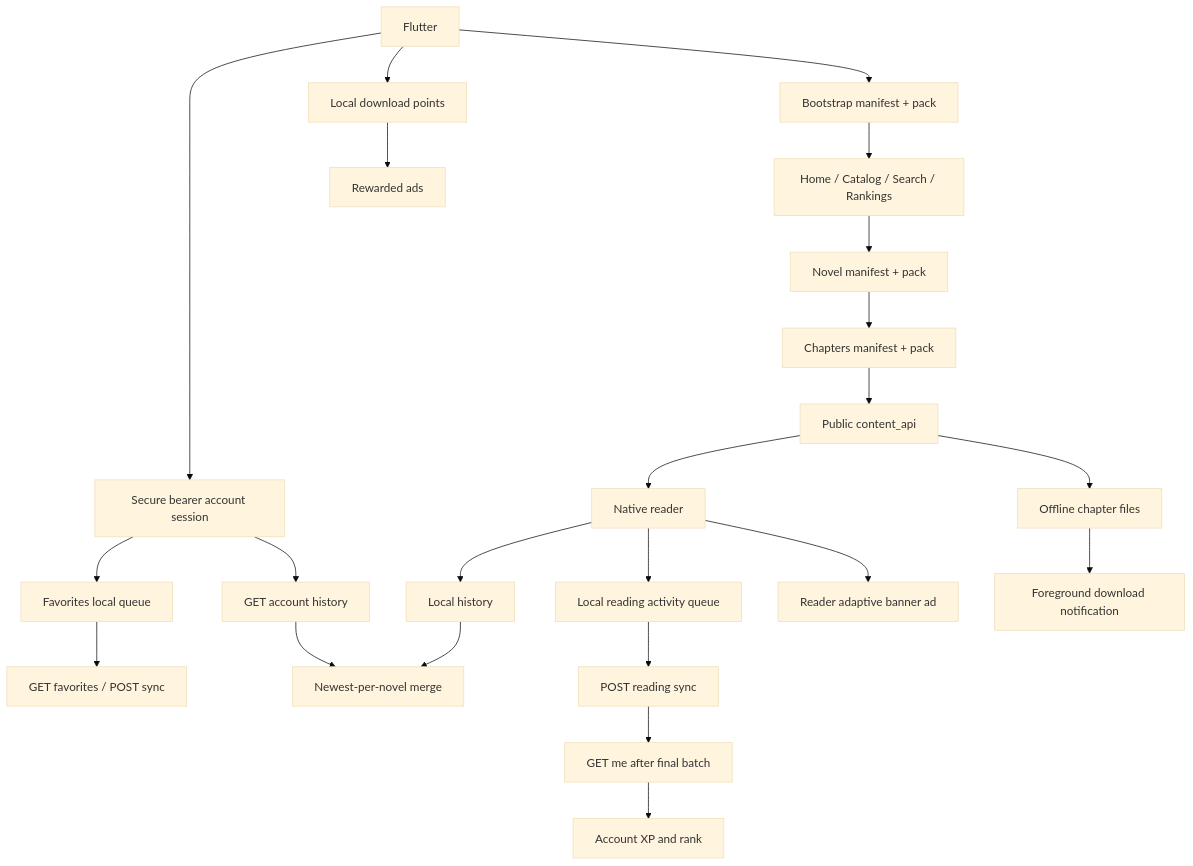
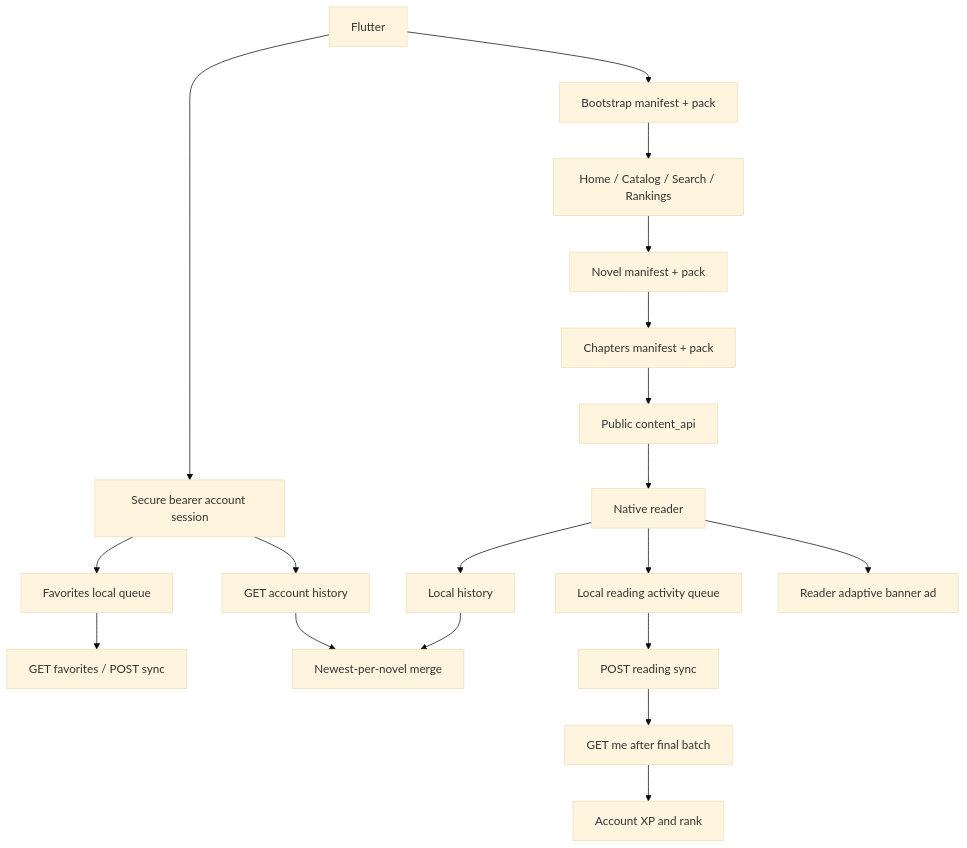
The diagram in galaxy_novels_app/docs/app_api_gap_audit.md (mohmaedeslam00116/Galaxy-Novels), drawn with Mermaid (base theme) before and after one commit. The commit also changed other lines of this file and 1004 other files, not shown here.

````diff
--- a/galaxy_novels_app/docs/app_api_gap_audit.md
+++ b/galaxy_novels_app/docs/app_api_gap_audit.md
@@ -45,25 +45,21 @@
 ```mermaid
 flowchart TD
     A["Flutter"] --> B["Bootstrap manifest + pack"]
     B --> C["Home / Catalog / Search / Rankings"]
     C --> D["Novel manifest + pack"]
     D --> E["Chapters manifest + pack"]
     E --> F["Public content_api"]
     F --> G["Native reader"]
     G --> H["Local history"]
-    F --> I["Offline chapter files"]
     A --> J["Secure bearer account session"]
     J --> K["Favorites local queue"]
     K --> L["GET favorites / POST sync"]
     J --> M["GET account history"]
     H --> N["Newest-per-novel merge"]
     M --> N
     G --> O["Local reading activity queue"]
     O --> P["POST reading sync"]
     P --> Q["GET me after final batch"]
     Q --> R["Account XP and rank"]
     G --> S["Reader adaptive banner ad"]
-    A --> T["Local download points"]
-    T --> U["Rewarded ads"]
-    I --> V["Foreground download notification"]
 ```
````
